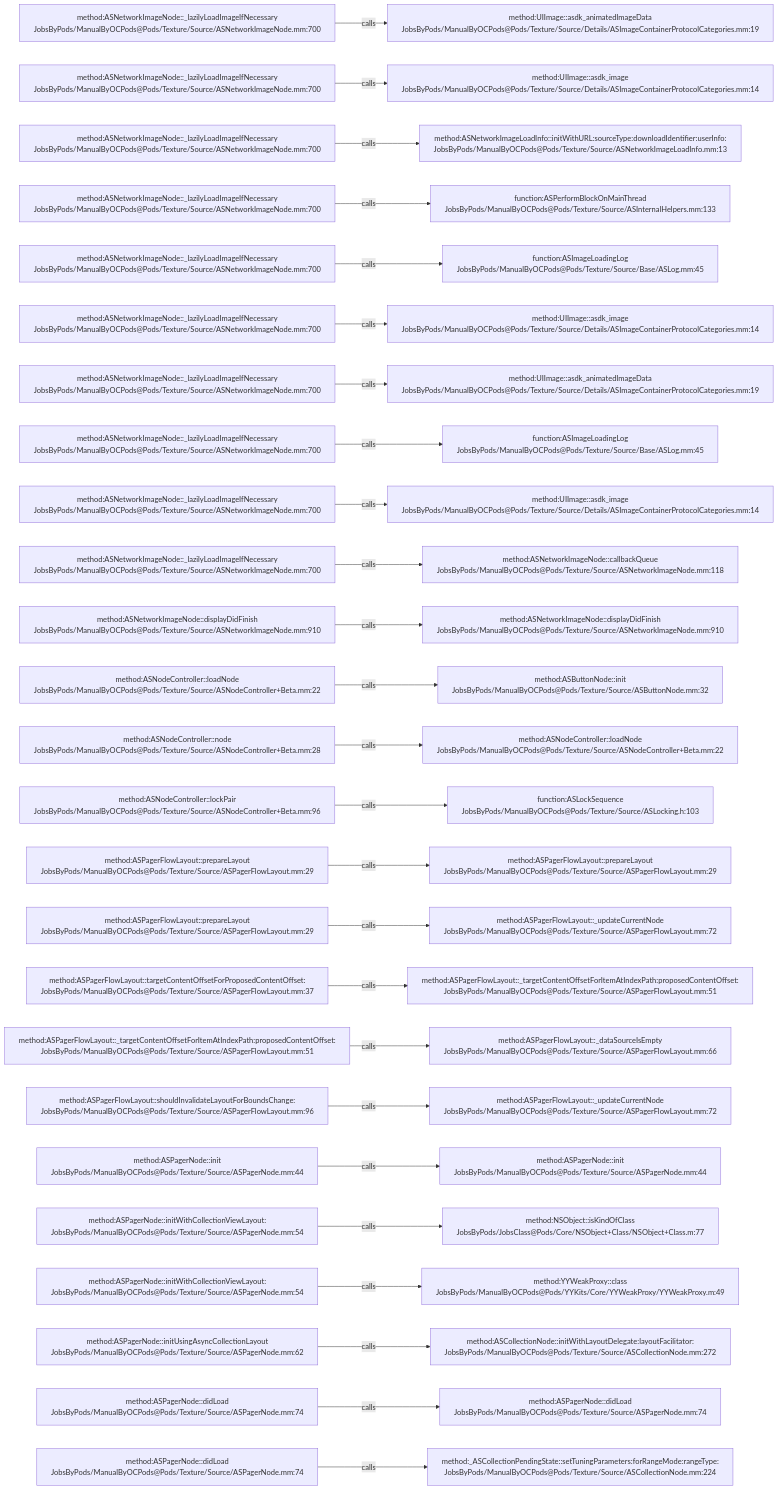
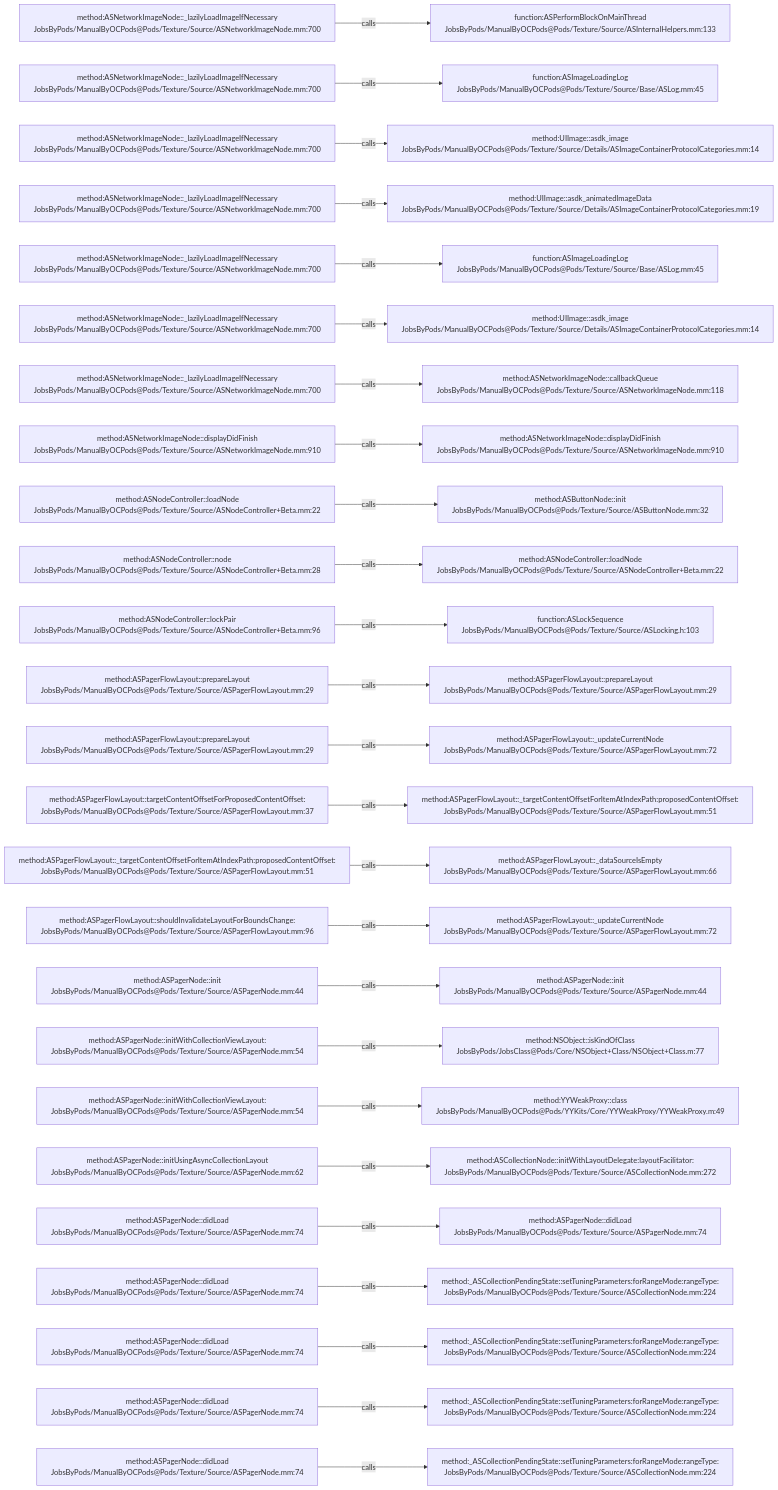
The diagram in .codegraph/codegraph.md/graphs/calls-121.md (JobsKits/JobsOCBaseConfigDemo), drawn with Mermaid before and after one commit. The commit also changed 342 other files, not shown here.

````diff
--- a/.codegraph/codegraph.md/graphs/calls-121.md
+++ b/.codegraph/codegraph.md/graphs/calls-121.md
@@ -13,78 +13,78 @@
 ```mermaid
 flowchart LR
   S1["method:ASNetworkImageNode::_lazilyLoadImageIfNecessary<br/>JobsByPods/ManualByOCPods@Pods/Texture/Source/ASNetworkImageNode.mm:700"]
-  T1["method:UIImage::asdk_animatedImageData<br/>JobsByPods/ManualByOCPods@Pods/Texture/Source/Details/ASImageContainerProtocolCategories.mm:19"]
+  T1["function:ASPerformBlockOnMainThread<br/>JobsByPods/ManualByOCPods@Pods/Texture/Source/ASInternalHelpers.mm:133"]
   S1 -->|calls| T1
   S2["method:ASNetworkImageNode::_lazilyLoadImageIfNecessary<br/>JobsByPods/ManualByOCPods@Pods/Texture/Source/ASNetworkImageNode.mm:700"]
-  T2["method:UIImage::asdk_image<br/>JobsByPods/ManualByOCPods@Pods/Texture/Source/Details/ASImageContainerProtocolCategories.mm:14"]
+  T2["function:ASImageLoadingLog<br/>JobsByPods/ManualByOCPods@Pods/Texture/Source/Base/ASLog.mm:45"]
   S2 -->|calls| T2
   S3["method:ASNetworkImageNode::_lazilyLoadImageIfNecessary<br/>JobsByPods/ManualByOCPods@Pods/Texture/Source/ASNetworkImageNode.mm:700"]
-  T3["method:ASNetworkImageLoadInfo::initWithURL:sourceType:downloadIdentifier:userInfo:<br/>JobsByPods/ManualByOCPods@Pods/Texture/Source/ASNetworkImageLoadInfo.mm:13"]
+  T3["method:UIImage::asdk_image<br/>JobsByPods/ManualByOCPods@Pods/Texture/Source/Details/ASImageContainerProtocolCategories.mm:14"]
   S3 -->|calls| T3
   S4["method:ASNetworkImageNode::_lazilyLoadImageIfNecessary<br/>JobsByPods/ManualByOCPods@Pods/Texture/Source/ASNetworkImageNode.mm:700"]
-  T4["function:ASPerformBlockOnMainThread<br/>JobsByPods/ManualByOCPods@Pods/Texture/Source/ASInternalHelpers.mm:133"]
+  T4["method:UIImage::asdk_animatedImageData<br/>JobsByPods/ManualByOCPods@Pods/Texture/Source/Details/ASImageContainerProtocolCategories.mm:19"]
   S4 -->|calls| T4
   S5["method:ASNetworkImageNode::_lazilyLoadImageIfNecessary<br/>JobsByPods/ManualByOCPods@Pods/Texture/Source/ASNetworkImageNode.mm:700"]
   T5["function:ASImageLoadingLog<br/>JobsByPods/ManualByOCPods@Pods/Texture/Source/Base/ASLog.mm:45"]
   S5 -->|calls| T5
   S6["method:ASNetworkImageNode::_lazilyLoadImageIfNecessary<br/>JobsByPods/ManualByOCPods@Pods/Texture/Source/ASNetworkImageNode.mm:700"]
   T6["method:UIImage::asdk_image<br/>JobsByPods/ManualByOCPods@Pods/Texture/Source/Details/ASImageContainerProtocolCategories.mm:14"]
   S6 -->|calls| T6
   S7["method:ASNetworkImageNode::_lazilyLoadImageIfNecessary<br/>JobsByPods/ManualByOCPods@Pods/Texture/Source/ASNetworkImageNode.mm:700"]
-  T7["method:UIImage::asdk_animatedImageData<br/>JobsByPods/ManualByOCPods@Pods/Texture/Source/Details/ASImageContainerProtocolCategories.mm:19"]
+  T7["method:ASNetworkImageNode::callbackQueue<br/>JobsByPods/ManualByOCPods@Pods/Texture/Source/ASNetworkImageNode.mm:118"]
   S7 -->|calls| T7
-  S8["method:ASNetworkImageNode::_lazilyLoadImageIfNecessary<br/>JobsByPods/ManualByOCPods@Pods/Texture/Source/ASNetworkImageNode.mm:700"]
-  T8["function:ASImageLoadingLog<br/>JobsByPods/ManualByOCPods@Pods/Texture/Source/Base/ASLog.mm:45"]
+  S8["method:ASNetworkImageNode::displayDidFinish<br/>JobsByPods/ManualByOCPods@Pods/Texture/Source/ASNetworkImageNode.mm:910"]
+  T8["method:ASNetworkImageNode::displayDidFinish<br/>JobsByPods/ManualByOCPods@Pods/Texture/Source/ASNetworkImageNode.mm:910"]
   S8 -->|calls| T8
-  S9["method:ASNetworkImageNode::_lazilyLoadImageIfNecessary<br/>JobsByPods/ManualByOCPods@Pods/Texture/Source/ASNetworkImageNode.mm:700"]
-  T9["method:UIImage::asdk_image<br/>JobsByPods/ManualByOCPods@Pods/Texture/Source/Details/ASImageContainerProtocolCategories.mm:14"]
+  S9["method:ASNodeController::loadNode<br/>JobsByPods/ManualByOCPods@Pods/Texture/Source/ASNodeController+Beta.mm:22"]
+  T9["method:ASButtonNode::init<br/>JobsByPods/ManualByOCPods@Pods/Texture/Source/ASButtonNode.mm:32"]
   S9 -->|calls| T9
-  S10["method:ASNetworkImageNode::_lazilyLoadImageIfNecessary<br/>JobsByPods/ManualByOCPods@Pods/Texture/Source/ASNetworkImageNode.mm:700"]
-  T10["method:ASNetworkImageNode::callbackQueue<br/>JobsByPods/ManualByOCPods@Pods/Texture/Source/ASNetworkImageNode.mm:118"]
+  S10["method:ASNodeController::node<br/>JobsByPods/ManualByOCPods@Pods/Texture/Source/ASNodeController+Beta.mm:28"]
+  T10["method:ASNodeController::loadNode<br/>JobsByPods/ManualByOCPods@Pods/Texture/Source/ASNodeController+Beta.mm:22"]
   S10 -->|calls| T10
-  S11["method:ASNetworkImageNode::displayDidFinish<br/>JobsByPods/ManualByOCPods@Pods/Texture/Source/ASNetworkImageNode.mm:910"]
-  T11["method:ASNetworkImageNode::displayDidFinish<br/>JobsByPods/ManualByOCPods@Pods/Texture/Source/ASNetworkImageNode.mm:910"]
+  S11["method:ASNodeController::lockPair<br/>JobsByPods/ManualByOCPods@Pods/Texture/Source/ASNodeController+Beta.mm:96"]
+  T11["function:ASLockSequence<br/>JobsByPods/ManualByOCPods@Pods/Texture/Source/ASLocking.h:103"]
   S11 -->|calls| T11
-  S12["method:ASNodeController::loadNode<br/>JobsByPods/ManualByOCPods@Pods/Texture/Source/ASNodeController+Beta.mm:22"]
-  T12["method:ASButtonNode::init<br/>JobsByPods/ManualByOCPods@Pods/Texture/Source/ASButtonNode.mm:32"]
+  S12["method:ASPagerFlowLayout::prepareLayout<br/>JobsByPods/ManualByOCPods@Pods/Texture/Source/ASPagerFlowLayout.mm:29"]
+  T12["method:ASPagerFlowLayout::prepareLayout<br/>JobsByPods/ManualByOCPods@Pods/Texture/Source/ASPagerFlowLayout.mm:29"]
   S12 -->|calls| T12
-  S13["method:ASNodeController::node<br/>JobsByPods/ManualByOCPods@Pods/Texture/Source/ASNodeController+Beta.mm:28"]
-  T13["method:ASNodeController::loadNode<br/>JobsByPods/ManualByOCPods@Pods/Texture/Source/ASNodeController+Beta.mm:22"]
+  S13["method:ASPagerFlowLayout::prepareLayout<br/>JobsByPods/ManualByOCPods@Pods/Texture/Source/ASPagerFlowLayout.mm:29"]
+  T13["method:ASPagerFlowLayout::_updateCurrentNode<br/>JobsByPods/ManualByOCPods@Pods/Texture/Source/ASPagerFlowLayout.mm:72"]
   S13 -->|calls| T13
-  S14["method:ASNodeController::lockPair<br/>JobsByPods/ManualByOCPods@Pods/Texture/Source/ASNodeController+Beta.mm:96"]
-  T14["function:ASLockSequence<br/>JobsByPods/ManualByOCPods@Pods/Texture/Source/ASLocking.h:103"]
+  S14["method:ASPagerFlowLayout::targetContentOffsetForProposedContentOffset:<br/>JobsByPods/ManualByOCPods@Pods/Texture/Source/ASPagerFlowLayout.mm:37"]
+  T14["method:ASPagerFlowLayout::_targetContentOffsetForItemAtIndexPath:proposedContentOffset:<br/>JobsByPods/ManualByOCPods@Pods/Texture/Source/ASPagerFlowLayout.mm:51"]
   S14 -->|calls| T14
-  S15["method:ASPagerFlowLayout::prepareLayout<br/>JobsByPods/ManualByOCPods@Pods/Texture/Source/ASPagerFlowLayout.mm:29"]
-  T15["method:ASPagerFlowLayout::prepareLayout<br/>JobsByPods/ManualByOCPods@Pods/Texture/Source/ASPagerFlowLayout.mm:29"]
+  S15["method:ASPagerFlowLayout::_targetContentOffsetForItemAtIndexPath:proposedContentOffset:<br/>JobsByPods/ManualByOCPods@Pods/Texture/Source/ASPagerFlowLayout.mm:51"]
+  T15["method:ASPagerFlowLayout::_dataSourceIsEmpty<br/>JobsByPods/ManualByOCPods@Pods/Texture/Source/ASPagerFlowLayout.mm:66"]
   S15 -->|calls| T15
-  S16["method:ASPagerFlowLayout::prepareLayout<br/>JobsByPods/ManualByOCPods@Pods/Texture/Source/ASPagerFlowLayout.mm:29"]
+  S16["method:ASPagerFlowLayout::shouldInvalidateLayoutForBoundsChange:<br/>JobsByPods/ManualByOCPods@Pods/Texture/Source/ASPagerFlowLayout.mm:96"]
   T16["method:ASPagerFlowLayout::_updateCurrentNode<br/>JobsByPods/ManualByOCPods@Pods/Texture/Source/ASPagerFlowLayout.mm:72"]
   S16 -->|calls| T16
-  S17["method:ASPagerFlowLayout::targetContentOffsetForProposedContentOffset:<br/>JobsByPods/ManualByOCPods@Pods/Texture/Source/ASPagerFlowLayout.mm:37"]
-  T17["method:ASPagerFlowLayout::_targetContentOffsetForItemAtIndexPath:proposedContentOffset:<br/>JobsByPods/ManualByOCPods@Pods/Texture/Source/ASPagerFlowLayout.mm:51"]
+  S17["method:ASPagerNode::init<br/>JobsByPods/ManualByOCPods@Pods/Texture/Source/ASPagerNode.mm:44"]
+  T17["method:ASPagerNode::init<br/>JobsByPods/ManualByOCPods@Pods/Texture/Source/ASPagerNode.mm:44"]
   S17 -->|calls| T17
-  S18["method:ASPagerFlowLayout::_targetContentOffsetForItemAtIndexPath:proposedContentOffset:<br/>JobsByPods/ManualByOCPods@Pods/Texture/Source/ASPagerFlowLayout.mm:51"]
-  T18["method:ASPagerFlowLayout::_dataSourceIsEmpty<br/>JobsByPods/ManualByOCPods@Pods/Texture/Source/ASPagerFlowLayout.mm:66"]
+  S18["method:ASPagerNode::initWithCollectionViewLayout:<br/>JobsByPods/ManualByOCPods@Pods/Texture/Source/ASPagerNode.mm:54"]
+  T18["method:NSObject::isKindOfClass<br/>JobsByPods/JobsClass@Pods/Core/NSObject+Class/NSObject+Class.m:77"]
   S18 -->|calls| T18
-  S19["method:ASPagerFlowLayout::shouldInvalidateLayoutForBoundsChange:<br/>JobsByPods/ManualByOCPods@Pods/Texture/Source/ASPagerFlowLayout.mm:96"]
-  T19["method:ASPagerFlowLayout::_updateCurrentNode<br/>JobsByPods/ManualByOCPods@Pods/Texture/Source/ASPagerFlowLayout.mm:72"]
+  S19["method:ASPagerNode::initWithCollectionViewLayout:<br/>JobsByPods/ManualByOCPods@Pods/Texture/Source/ASPagerNode.mm:54"]
+  T19["method:YYWeakProxy::class<br/>JobsByPods/ManualByOCPods@Pods/YYKits/Core/YYWeakProxy/YYWeakProxy.m:49"]
   S19 -->|calls| T19
-  S20["method:ASPagerNode::init<br/>JobsByPods/ManualByOCPods@Pods/Texture/Source/ASPagerNode.mm:44"]
-  T20["method:ASPagerNode::init<br/>JobsByPods/ManualByOCPods@Pods/Texture/Source/ASPagerNode.mm:44"]
+  S20["method:ASPagerNode::initUsingAsyncCollectionLayout<br/>JobsByPods/ManualByOCPods@Pods/Texture/Source/ASPagerNode.mm:62"]
+  T20["method:ASCollectionNode::initWithLayoutDelegate:layoutFacilitator:<br/>JobsByPods/ManualByOCPods@Pods/Texture/Source/ASCollectionNode.mm:272"]
   S20 -->|calls| T20
-  S21["method:ASPagerNode::initWithCollectionViewLayout:<br/>JobsByPods/ManualByOCPods@Pods/Texture/Source/ASPagerNode.mm:54"]
-  T21["method:NSObject::isKindOfClass<br/>JobsByPods/JobsClass@Pods/Core/NSObject+Class/NSObject+Class.m:77"]
+  S21["method:ASPagerNode::didLoad<br/>JobsByPods/ManualByOCPods@Pods/Texture/Source/ASPagerNode.mm:74"]
+  T21["method:ASPagerNode::didLoad<br/>JobsByPods/ManualByOCPods@Pods/Texture/Source/ASPagerNode.mm:74"]
   S21 -->|calls| T21
-  S22["method:ASPagerNode::initWithCollectionViewLayout:<br/>JobsByPods/ManualByOCPods@Pods/Texture/Source/ASPagerNode.mm:54"]
-  T22["method:YYWeakProxy::class<br/>JobsByPods/ManualByOCPods@Pods/YYKits/Core/YYWeakProxy/YYWeakProxy.m:49"]
+  S22["method:ASPagerNode::didLoad<br/>JobsByPods/ManualByOCPods@Pods/Texture/Source/ASPagerNode.mm:74"]
+  T22["method:_ASCollectionPendingState::setTuningParameters:forRangeMode:rangeType:<br/>JobsByPods/ManualByOCPods@Pods/Texture/Source/ASCollectionNode.mm:224"]
   S22 -->|calls| T22
-  S23["method:ASPagerNode::initUsingAsyncCollectionLayout<br/>JobsByPods/ManualByOCPods@Pods/Texture/Source/ASPagerNode.mm:62"]
-  T23["method:ASCollectionNode::initWithLayoutDelegate:layoutFacilitator:<br/>JobsByPods/ManualByOCPods@Pods/Texture/Source/ASCollectionNode.mm:272"]
+  S23["method:ASPagerNode::didLoad<br/>JobsByPods/ManualByOCPods@Pods/Texture/Source/ASPagerNode.mm:74"]
+  T23["method:_ASCollectionPendingState::setTuningParameters:forRangeMode:rangeType:<br/>JobsByPods/ManualByOCPods@Pods/Texture/Source/ASCollectionNode.mm:224"]
   S23 -->|calls| T23
   S24["method:ASPagerNode::didLoad<br/>JobsByPods/ManualByOCPods@Pods/Texture/Source/ASPagerNode.mm:74"]
-  T24["method:ASPagerNode::didLoad<br/>JobsByPods/ManualByOCPods@Pods/Texture/Source/ASPagerNode.mm:74"]
+  T24["method:_ASCollectionPendingState::setTuningParameters:forRangeMode:rangeType:<br/>JobsByPods/ManualByOCPods@Pods/Texture/Source/ASCollectionNode.mm:224"]
   S24 -->|calls| T24
   S25["method:ASPagerNode::didLoad<br/>JobsByPods/ManualByOCPods@Pods/Texture/Source/ASPagerNode.mm:74"]
   T25["method:_ASCollectionPendingState::setTuningParameters:forRangeMode:rangeType:<br/>JobsByPods/ManualByOCPods@Pods/Texture/Source/ASCollectionNode.mm:224"]
   S25 -->|calls| T25
 ```
````
